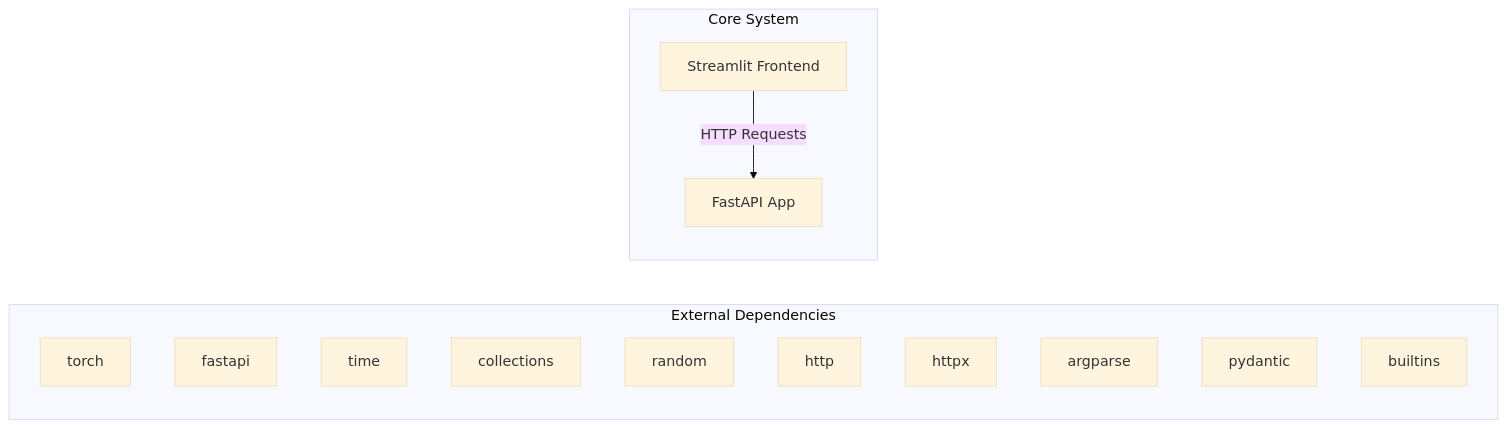
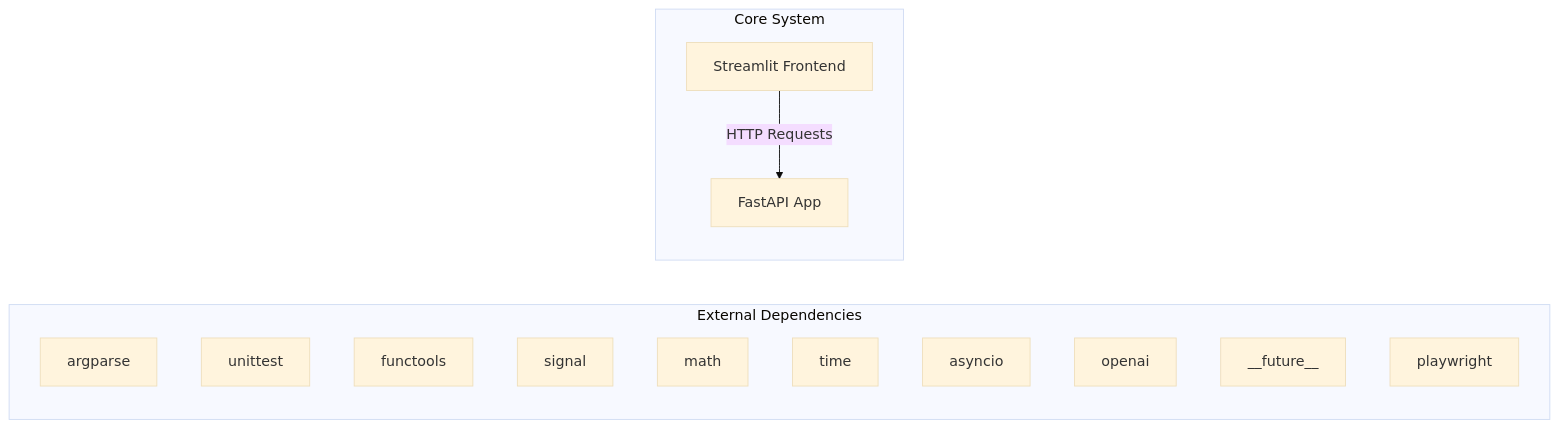
Before and after one commit to NITISH-R-G/rag-context-optimizer: the first of 2 diagrams in docs/architecture.md, drawn with Mermaid (base theme). The commit also changed other lines of this file and 1 other file, not shown here.

Commit message:
docs: auto-update repository knowledge, architecture diagrams, and documentation

````diff
--- a/docs/architecture.md
+++ b/docs/architecture.md
@@ -7,20 +7,20 @@
 ```mermaid
 graph LR
     subgraph External Dependencies
-        E0["torch"]
-        E1["fastapi"]
-        E2["time"]
-        E3["collections"]
-        E4["random"]
-        E5["http"]
-        E6["httpx"]
-        E7["argparse"]
-        E8["pydantic"]
-        E9["builtins"]
+        E0["argparse"]
+        E1["unittest"]
+        E2["functools"]
+        E3["signal"]
+        E4["math"]
+        E5["time"]
+        E6["asyncio"]
+        E7["openai"]
+        E8["__future__"]
+        E9["playwright"]
     end
     subgraph Core System
         API["FastAPI App"]
         UI["Streamlit Frontend"]
     end
     UI -->|HTTP Requests| API
 ```
````
